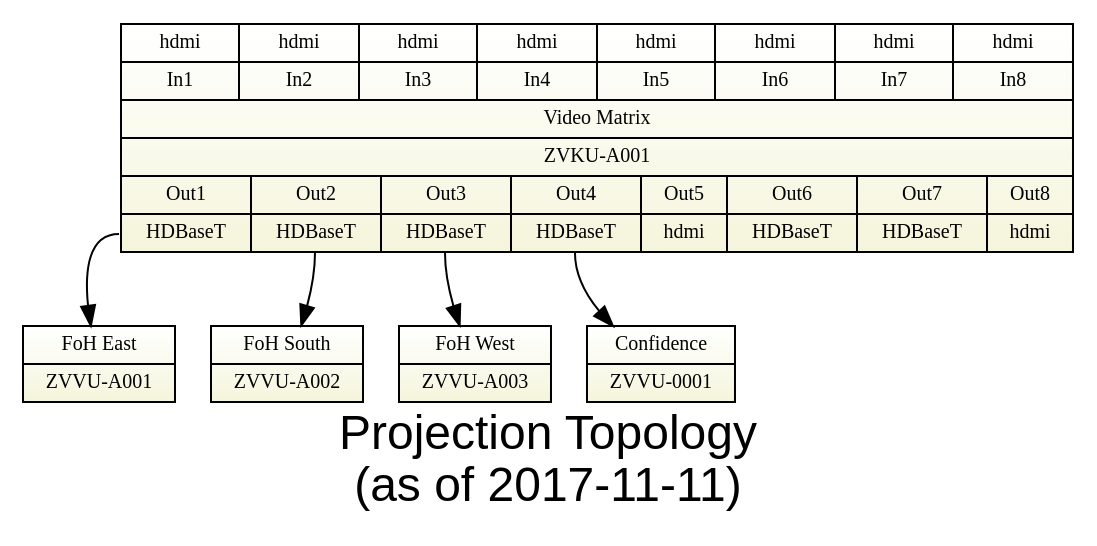
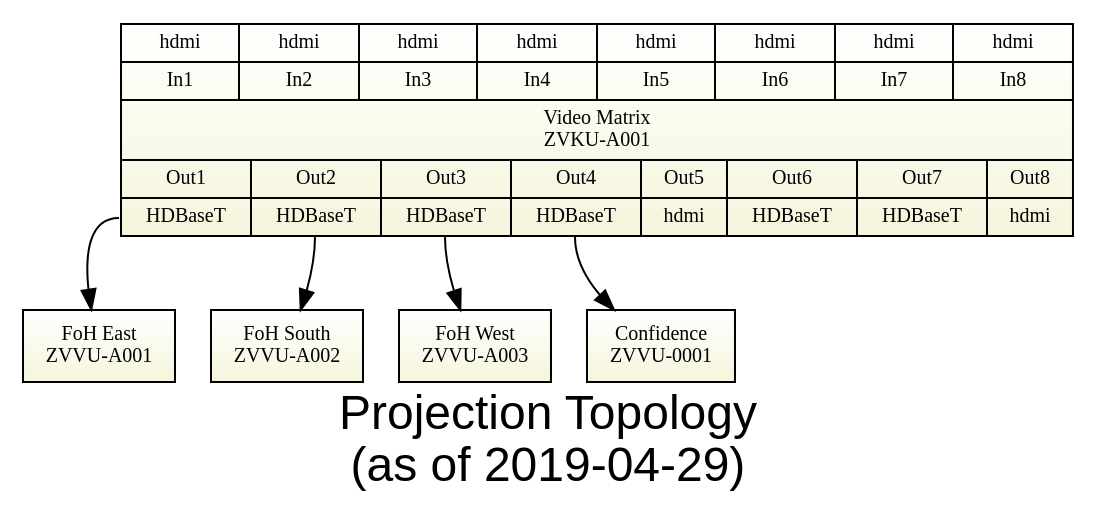
The diagram in sdv-topology2-projection.gv (avmaint/uactechdoc), drawn with Graphviz before and after one commit. The commit also changed 1 other file, not shown here.

Commit message:
updating doc due to rewire of video mixer inputs

```diff
--- a/sdv-topology2-projection.gv
+++ b/sdv-topology2-projection.gv
@@ -1,29 +1,28 @@
 digraph presentationswitch { 
 graph [overlap = true, fontsize = 24, 
-      label="Projection Topology\n(as of 2017-11-11)",
+      label="Projection Topology\n(as of 2019-04-29)",
       fontname = Helvetica]
     
 node [shape=record, style=filled , fillcolor="white:beige",fontsize = 10,  
       gradientangle=270]
 pswitch [label="{
   {{<i1>hdmi|In1}|{<i2>hdmi|In2}|{<i3>hdmi|In3}|{<i4>hdmi|In4}|{<i5>hdmi|In5}|{<i6>hdmi|In6}|{<i7>hdmi|In7}|{<i8>hdmi|In8}}
-  |Video Matrix|ZVKU-A001|
+  |Video Matrix\nZVKU-A001|
   {{Out1|<o1>HDBaseT}|{Out2|<o2>HDBaseT}|{Out3|<o3>HDBaseT}|{Out4|<o4>HDBaseT}|{Out5|<o5>hdmi}|{Out6|<o6>HDBaseT}|{Out7|<o7>HDBaseT}|{Out8|<o8>hdmi} } }"]
   
 node [shape=record, tooltip="" ]
  
-newprje [label="{FoH East|ZVVU-A001}"] 
-newprjs [label="{FoH South|ZVVU-A002}"]
-newprjw [label="{FoH West|ZVVU-A003}"]
+newprje [label="{FoH East\nZVVU-A001}"] 
+newprjs [label="{FoH South\nZVVU-A002}"]
+newprjw [label="{FoH West\nZVVU-A003}"]
   
 pswitch:o1 -> newprje 
 pswitch:o2 -> newprjs
 pswitch:o3 -> newprjw
  
-rohproj  [label="{Confidence|ZVVU-0001}", tooltip="Confidence Projector"]
+rohproj  [label="{Confidence\nZVVU-0001}", tooltip="Rear Projector"]
  
-
 pswitch:o4 -> rohproj  
  
 {rank=same; newprjw; newprjs; newprje; rohproj;  }
 } 
```
